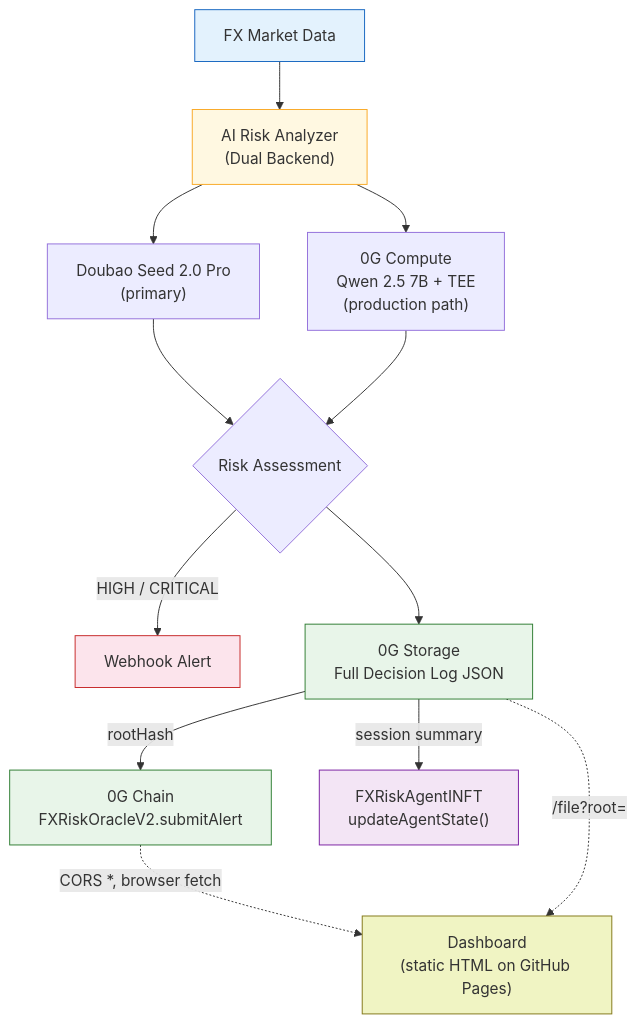
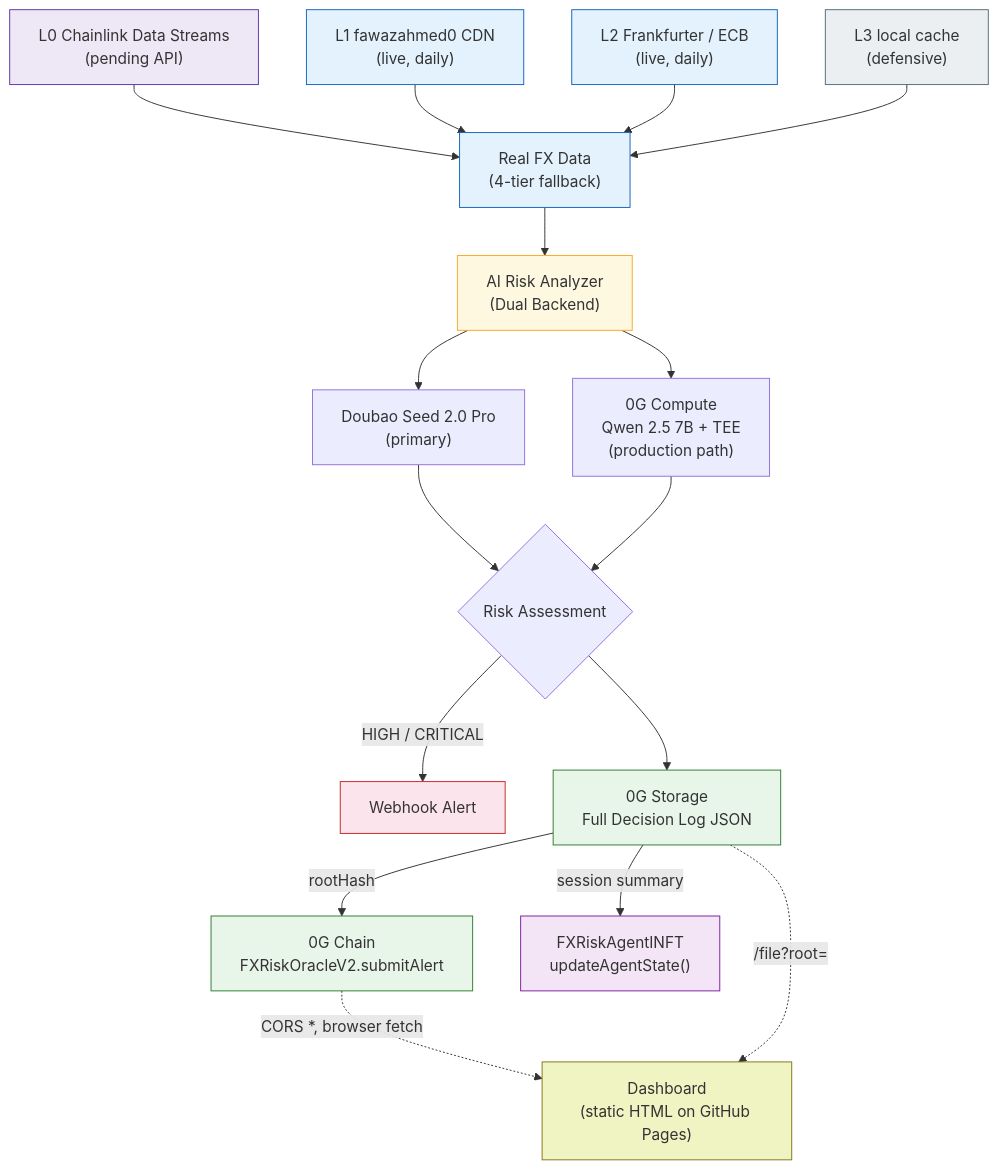
The second of 2 diagrams in README.md (smallironman666/fx-risk-agent), drawn with Mermaid before and after one commit. The commit also changed other lines of this file, not shown here.

First line of the commit message:
docs(readme): reflect 4-tier FX data source + 18 pairs + Historical Replay

````diff
--- a/README.md
+++ b/README.md
@@ -73,22 +80,30 @@
 ```mermaid
 flowchart TD
-    A["FX Market Data"] --> B["AI Risk Analyzer<br/>(Dual Backend)"]
+    A0["L0 Chainlink Data Streams<br/>(pending API)"] --> A
+    A1["L1 fawazahmed0 CDN<br/>(live, daily)"] --> A
+    A2["L2 Frankfurter / ECB<br/>(live, daily)"] --> A
+    A3["L3 local cache<br/>(defensive)"] --> A
+    A["Real FX Data<br/>(4-tier fallback)"] --> B["AI Risk Analyzer<br/>(Dual Backend)"]
     B --> B1["Doubao Seed 2.0 Pro<br/>(primary)"]
     B --> B2["0G Compute<br/>Qwen 2.5 7B + TEE<br/>(production path)"]
     B1 --> C{"Risk Assessment"}
     B2 --> C
     C -->|"HIGH / CRITICAL"| D["Webhook Alert"]
     C --> E["0G Storage<br/>Full Decision Log JSON"]
     E -->|"rootHash"| F["0G Chain<br/>FXRiskOracleV2.submitAlert"]
     E -->|"session summary"| G["FXRiskAgentINFT<br/>updateAgentState()"]
     F -.->|"CORS *, browser fetch"| H["Dashboard<br/>(static HTML on GitHub Pages)"]
     E -.->|"/file?root=<hash>"| H
 
+    style A0 fill:#ede7f6,stroke:#5e35b1
+    style A1 fill:#e3f2fd,stroke:#1565c0
+    style A2 fill:#e3f2fd,stroke:#1565c0
+    style A3 fill:#eceff1,stroke:#546e7a
     style A fill:#e3f2fd,stroke:#1565c0
     style B fill:#fff8e1,stroke:#f9a825
     style D fill:#fce4ec,stroke:#c62828
     style E fill:#e8f5e9,stroke:#2e7d32
     style F fill:#e8f5e9,stroke:#2e7d32
     style G fill:#f3e5f5,stroke:#7b1fa2
     style H fill:#f0f4c3,stroke:#827717
 ```
````
